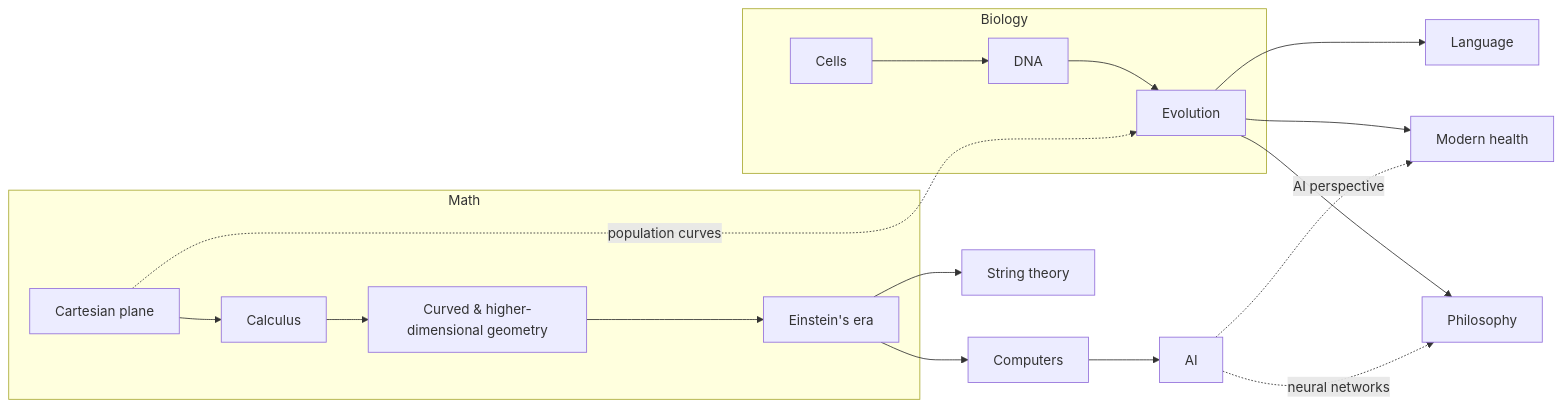
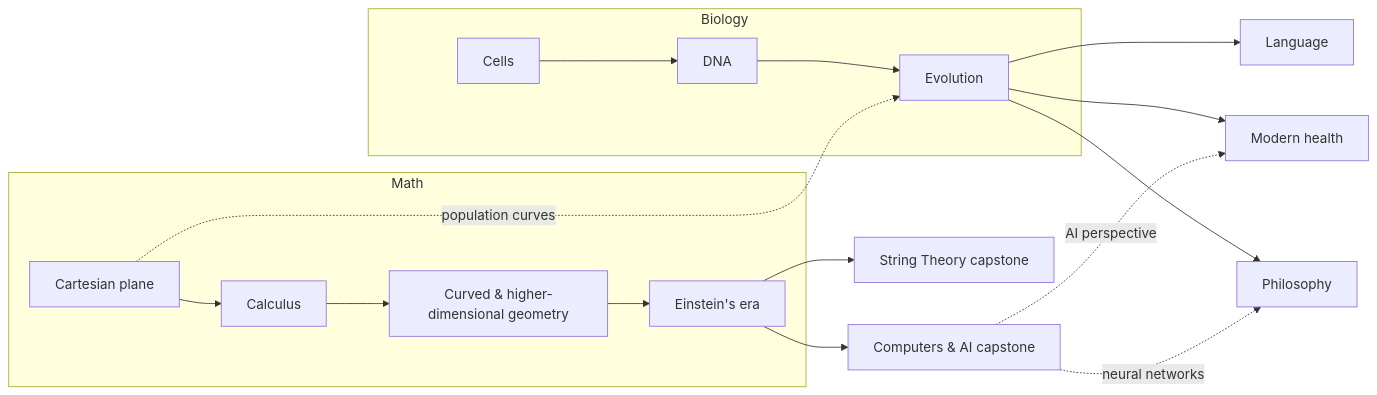
One commit to OpenTechnology14/Learning changed the diagram in connections.md. Above: the diagram before and after it, drawn with Mermaid. The commit also changed other lines of this file and 6 other files, not shown here.

First line of the commit message:
Add String Theory and Computers & AI capstones and draft track options

````diff
--- a/connections.md
+++ b/connections.md
@@ -6,23 +6,22 @@
 ```mermaid
 flowchart LR
     subgraph Math
         A[Cartesian plane] --> B[Calculus]
         B --> C[Curved & higher-dimensional geometry]
         C --> D[Einstein's era]
     end
-    D --> S[String theory]
-    D --> K[Computers]
-    K --> AI[AI]
+    D --> S[String Theory capstone]
+    D --> AI[Computers & AI capstone]
 
     subgraph Biology
         E[Cells] --> F[DNA]
         F --> G[Evolution]
     end
     G --> P[Philosophy]
     G --> L[Language]
     G --> H[Modern health]
 
     A -. population curves .-> G
     AI -. AI perspective .-> H
     AI -. neural networks .-> P
 ```
````
